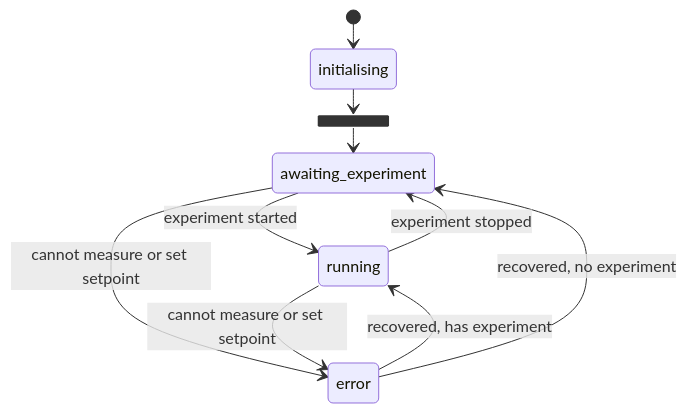
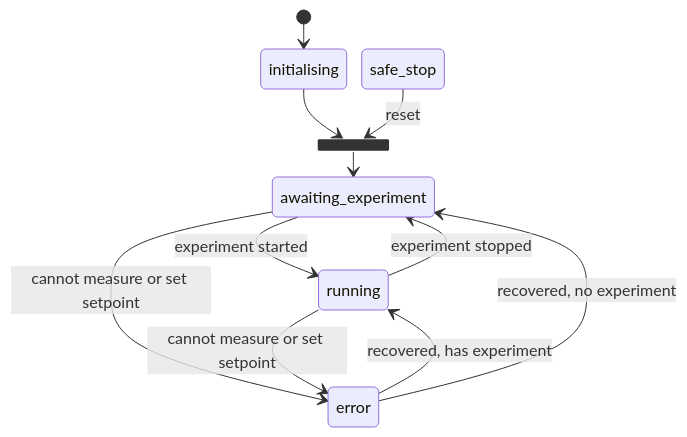
One commit to comodo-lab/comodo changed the third of 3 diagrams in firmware/README.md. Above: the diagram before and after it, drawn with Mermaid. The commit also changed other lines of this file, not shown here.

````diff
--- a/firmware/README.md
+++ b/firmware/README.md
@@ -142,19 +153,22 @@
 ```mermaid
 %%{init: {"flowchart": {"nodeSpacing": 15, "rankSpacing": 25, "padding": 6}}}%%
 stateDiagram-v2
     state "initialising" as initialising
     state continue <<join>>
     state "awaiting_experiment" as waiting
     state "running" as running
     state "error" as error
+    state "safe_stop" as safe_stop
 
     [*] --> initialising
     initialising --> continue
     continue -->waiting
     waiting --> running: experiment started
     waiting --> error: cannot measure or set setpoint
     running --> waiting: experiment stopped
     running --> error: cannot measure or set setpoint
     error --> running: recovered, has experiment
     error --> waiting: recovered, no experiment
+
+    safe_stop --> continue: reset
 ```
````
